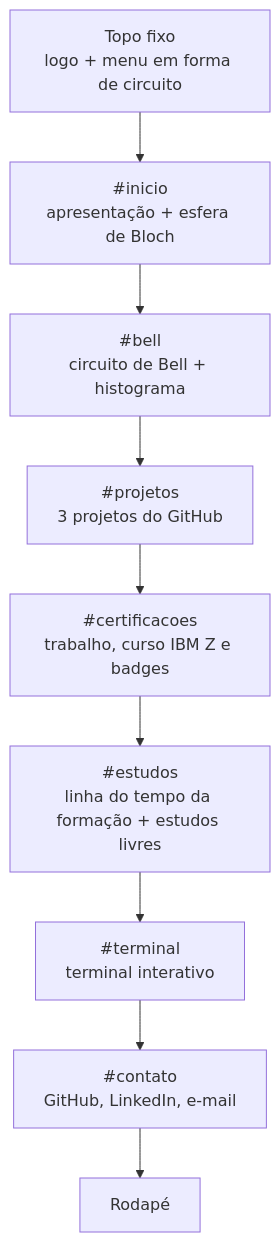
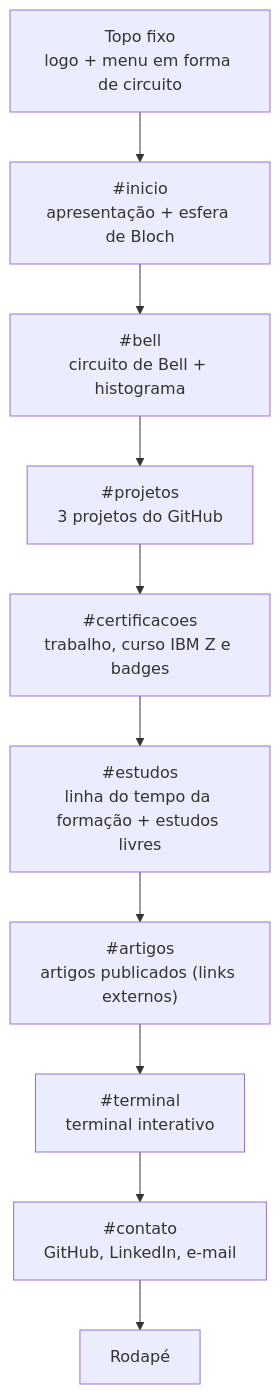
One commit to TiagoRodriguesskt/Tiagorodriguesskt.github.io changed the fourth of 9 diagrams in docs/DOCUMENTACAO.md. Above: the diagram before and after it, drawn with Mermaid. The commit also changed other lines of this file and 6 other files, not shown here.

````diff
--- a/docs/DOCUMENTACAO.md
+++ b/docs/DOCUMENTACAO.md
@@ -223,14 +226,15 @@
 ```mermaid
 flowchart TB
     TOPO["Topo fixo<br/>logo + menu em forma de circuito"]
     INICIO["#inicio<br/>apresentação + esfera de Bloch"]
     BELL["#bell<br/>circuito de Bell + histograma"]
     PROJ["#projetos<br/>3 projetos do GitHub"]
     MAIN["#certificacoes<br/>trabalho, curso IBM Z e badges"]
     EST["#estudos<br/>linha do tempo da formação + estudos livres"]
+    ART["#artigos<br/>artigos publicados (links externos)"]
     TERM["#terminal<br/>terminal interativo"]
     CONT["#contato<br/>GitHub, LinkedIn, e-mail"]
     ROD["Rodapé"]
 
-    TOPO --> INICIO --> BELL --> PROJ --> MAIN --> EST --> TERM --> CONT --> ROD
+    TOPO --> INICIO --> BELL --> PROJ --> MAIN --> EST --> ART --> TERM --> CONT --> ROD
 ```
````
